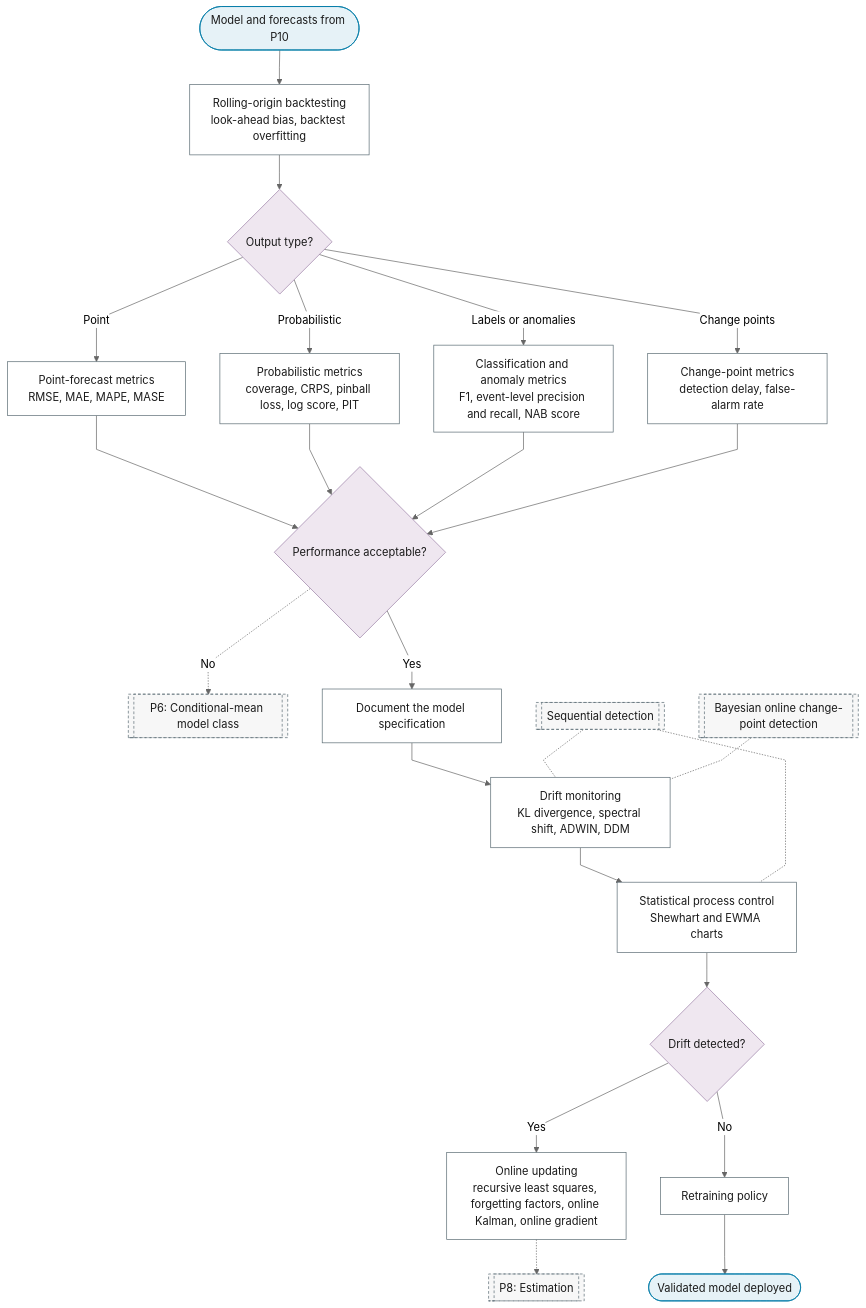
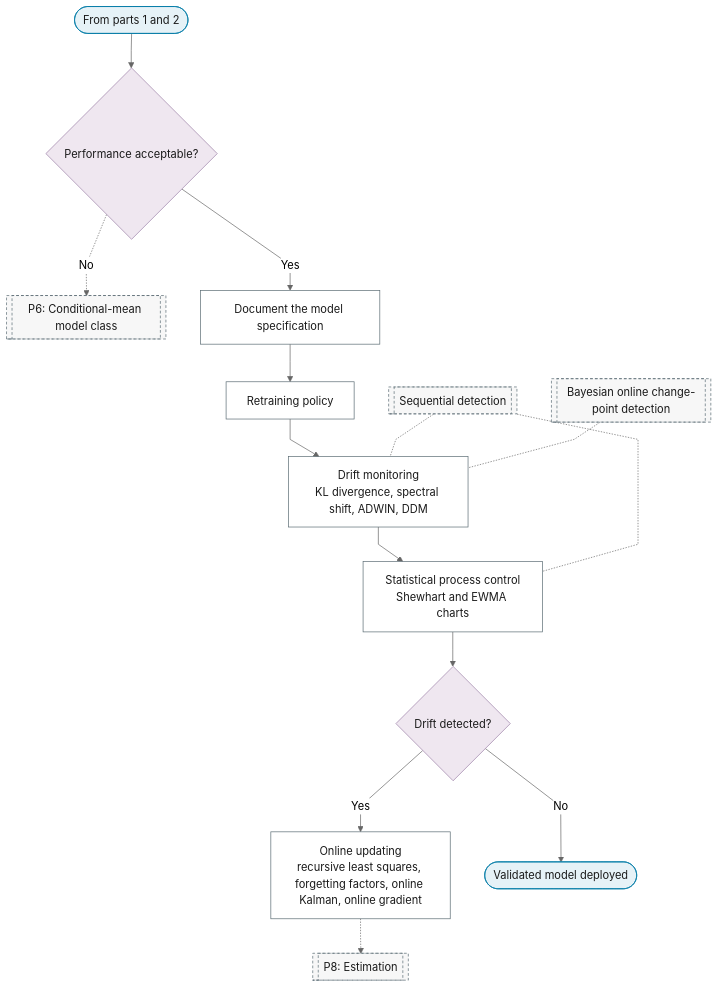
One commit to Shuxin-Y/time-series-analysis-manual changed the third of 3 diagrams in docs/01-workflow/p11-validation-deployment.md. Above: the diagram before and after it, drawn with Mermaid (neutral theme). The commit also changed other lines of this file and 9 other files, not shown here.

First line of the commit message:
fix(flowchart): decision logic is total and flags are a real contract

````diff
--- a/docs/01-workflow/p11-validation-deployment.md
+++ b/docs/01-workflow/p11-validation-deployment.md
@@ -9,36 +69,29 @@
 ```mermaid
 %%{init: {"flowchart": {"curve": "linear"}}}%%
 graph TD
-    P11_IN(["Model and forecasts from P10"]) --> P11_ROLLING_ORIGIN["Rolling-origin backtesting<br/>look-ahead bias, backtest overfitting"]
-    P11_ROLLING_ORIGIN --> P11_METRIC_KIND{"Output type?"}
-    P11_METRIC_KIND -->|"Point"| P11_POINT_METRICS["Point-forecast metrics<br/>RMSE, MAE, MAPE, MASE"]
-    P11_METRIC_KIND -->|"Probabilistic"| P11_PROBABILISTIC_METRICS["Probabilistic metrics<br/>coverage, CRPS, pinball loss, log score, PIT"]
-    P11_METRIC_KIND -->|"Labels or anomalies"| P11_CLASSIFICATION_METRICS["Classification and anomaly metrics<br/>F1, event-level precision and recall, NAB score"]
-    P11_METRIC_KIND -->|"Change points"| P11_CHANGE_POINT_METRICS["Change-point metrics<br/>detection delay, false-alarm rate"]
-    P11_POINT_METRICS & P11_PROBABILISTIC_METRICS & P11_CLASSIFICATION_METRICS & P11_CHANGE_POINT_METRICS --> P11_ACCEPTABLE{"Performance acceptable?"}
+    P11_PART_3_IN(["From parts 1 and 2"]) --> P11_ACCEPTABLE{"Performance acceptable?"}
     P11_ACCEPTABLE -.->|"No"| P6[["P6: Conditional-mean model class"]]
     P11_ACCEPTABLE -->|"Yes"| P11_DOCUMENTATION["Document the model specification"]
-    P11_DOCUMENTATION --> P11_DRIFT_MONITORING["Drift monitoring<br/>KL divergence, spectral shift, ADWIN, DDM"]
+    P11_DOCUMENTATION --> P11_RETRAINING["Retraining policy"]
+    P11_RETRAINING --> P11_DRIFT_MONITORING["Drift monitoring<br/>KL divergence, spectral shift, ADWIN, DDM"]
     P11_DRIFT_MONITORING --> P11_SPC["Statistical process control<br/>Shewhart and EWMA charts"]
     P11_SPC --> P11_DRIFT{"Drift detected?"}
     P11_DRIFT -->|"Yes"| P11_ONLINE_UPDATING["Online updating<br/>recursive least squares, forgetting factors, online Kalman, online gradient"]
-    P11_DRIFT -->|"No"| P11_RETRAINING["Retraining policy"]
+    P11_DRIFT -->|"No"| P11_OUT(["Validated model deployed"])
     P11_ONLINE_UPDATING -.-> P8[["P8: Estimation"]]
-    P11_RETRAINING --> P11_OUT(["Validated model deployed"])
     P2_CP_CUSUM[["Sequential detection"]] -.- P11_SPC
     P2_CP_CUSUM -.- P11_DRIFT_MONITORING
     P2_CP_BOCPD[["Bayesian online change-point detection"]] -.- P11_DRIFT_MONITORING
-    class P11_IN,P11_OUT terminator
-    class P11_METRIC_KIND,P11_ACCEPTABLE,P11_DRIFT decision
-    class P11_ROLLING_ORIGIN,P11_POINT_METRICS,P11_PROBABILISTIC_METRICS,P11_CLASSIFICATION_METRICS,P11_CHANGE_POINT_METRICS,P11_DOCUMENTATION,P11_DRIFT_MONITORING,P11_SPC,P11_ONLINE_UPDATING,P11_RETRAINING process
-    class P6,P8 ref
-    class P2_CP_CUSUM,P2_CP_BOCPD ref
+    class P11_PART_3_IN,P11_OUT terminator
+    class P11_ACCEPTABLE,P11_DRIFT decision
+    class P11_DOCUMENTATION,P11_RETRAINING,P11_DRIFT_MONITORING,P11_SPC,P11_ONLINE_UPDATING process
+    class P6,P8,P2_CP_CUSUM,P2_CP_BOCPD ref
     classDef terminator fill:#E6F2F7,stroke:#007BA7,color:#1A1A1A;
     classDef process fill:#FFFFFF,stroke:#5A6B73,color:#1A1A1A;
     classDef decision fill:#EFE7F0,stroke:#9B7FA7,color:#1A1A1A;
     classDef data fill:#FFF4E0,stroke:#C9A55E,color:#1A1A1A;
     classDef good fill:#DCEFD8,stroke:#4A7A3F,color:#1A1A1A;
     classDef escalate fill:#FFE9C2,stroke:#C9A55E,color:#1A1A1A;
     classDef problem fill:#F2D9DE,stroke:#800020,color:#1A1A1A;
     classDef ref fill:#F7F7F7,stroke:#5A6B73,color:#1A1A1A,stroke-dasharray:4 3;
 ```
````
